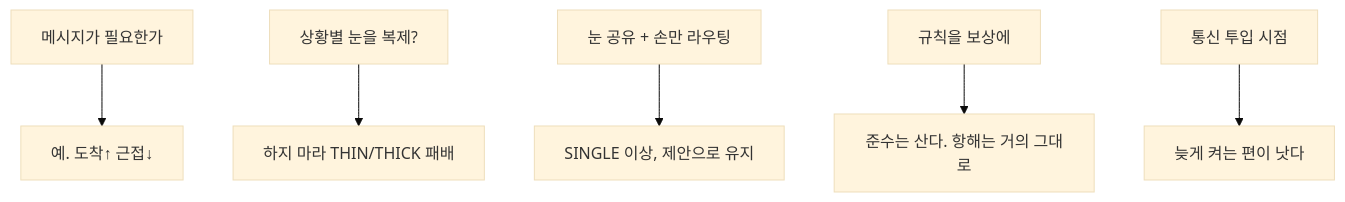
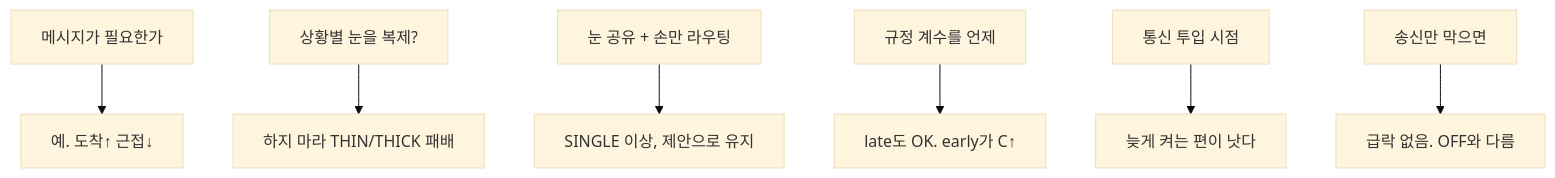
Before and after one commit to gyh1238/vessel: the second of 2 diagrams in DISCUSSION.md, drawn with Mermaid (base theme). The commit also changed other lines of this file and 33 other files, not shown here.

````diff
--- a/DISCUSSION.md
+++ b/DISCUSSION.md
@@ -134,8 +141,9 @@
 ```mermaid
 flowchart TB
   Q1["메시지가 필요한가"] --> A1["예. 도착↑ 근접↓"]
   Q2["상황별 눈을 복제?"] --> A2["하지 마라 THIN/THICK 패배"]
   Q3["눈 공유 + 손만 라우팅"] --> A3["SINGLE 이상, 제안으로 유지"]
-  Q4["규칙을 보상에"] --> A4["준수는 산다. 항해는 거의 그대로"]
+  Q4["규정 계수를 언제"] --> A4["late도 OK. early가 C↑"]
   Q5["통신 투입 시점"] --> A5["늦게 켜는 편이 낫다"]
+  Q6["송신만 막으면"] --> A6["급락 없음. OFF와 다름"]
 ```
````
